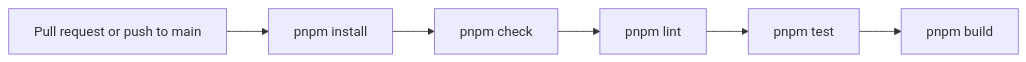
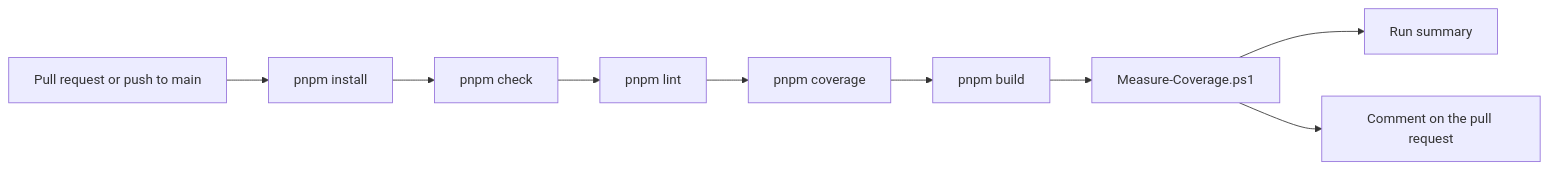
Before and after one commit to cristiadu/valheim-dashboard: diagram 20 of 20 in docs/architecture.md, drawn with Mermaid. The commit also changed other lines of this file and 16 other files, not shown here.

Commit message:
CI: report unit and integration test coverage for the dashboard, the log parser and the scripts (#94)

````diff
--- a/docs/architecture.md
+++ b/docs/architecture.md
@@ -479,4 +479,6 @@
 ```mermaid
 flowchart LR
-  pr[Pull request or push to main] --> install[pnpm install] --> check[pnpm check] --> lint[pnpm lint] --> test[pnpm test] --> build[pnpm build]
+  pr[Pull request or push to main] --> install[pnpm install] --> check[pnpm check] --> lint[pnpm lint] --> coverage[pnpm coverage] --> build[pnpm build] --> scripts[Measure-Coverage.ps1]
+  scripts --> summary[Run summary]
+  scripts --> comment[Comment on the pull request]
 ```
````
